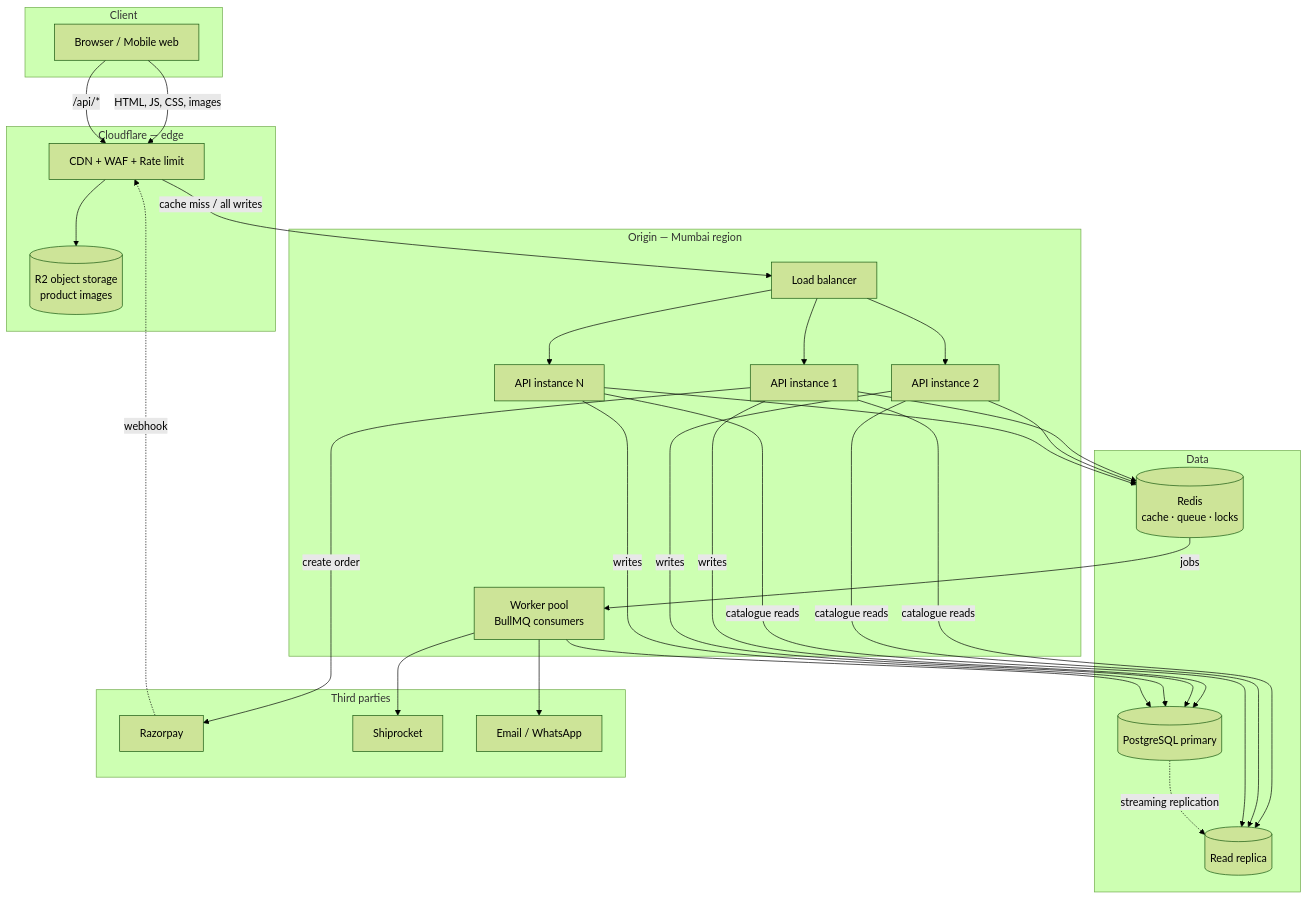
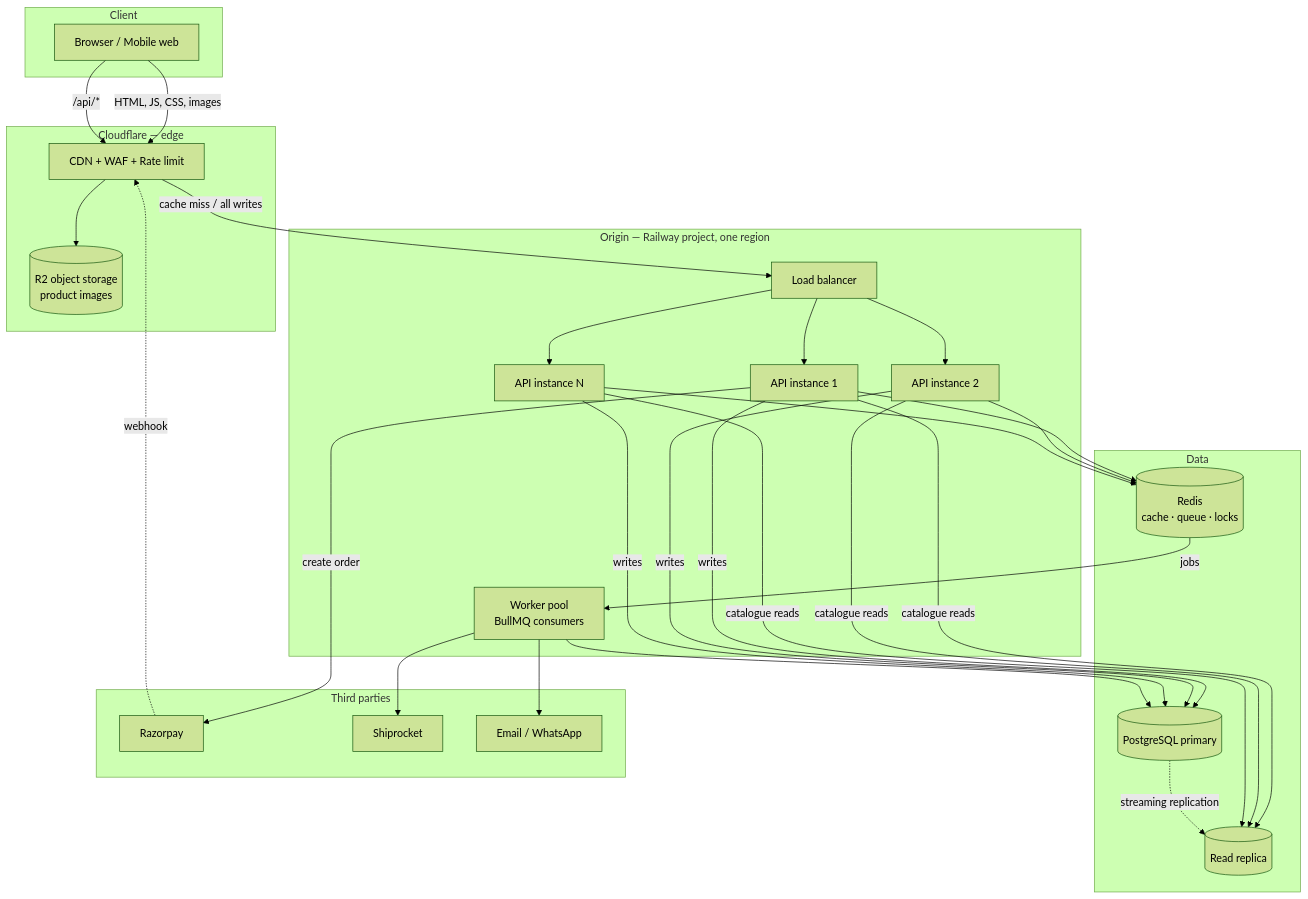
One commit to mayurhabib26-hub/homeProduct changed the first of 3 diagrams in docs/ARCHITECTURE.md. Above: the diagram before and after it, drawn with Mermaid (forest theme). The commit also changed other lines of this file and 3 other files, not shown here.

First line of the commit message:
docs: settle on a single Railway project for backend and data

````diff
--- a/docs/ARCHITECTURE.md
+++ b/docs/ARCHITECTURE.md
@@ -37,45 +38,45 @@
 ```mermaid
 graph TB
     subgraph Client
         B[Browser / Mobile web]
     end
 
     subgraph "Cloudflare — edge"
         CDN[CDN + WAF + Rate limit]
         R2[(R2 object storage<br/>product images)]
     end
 
-    subgraph "Origin — Mumbai region"
+    subgraph "Origin — Railway project, one region"
         LB[Load balancer]
         API1[API instance 1]
         API2[API instance 2]
         APIN[API instance N]
         W[Worker pool<br/>BullMQ consumers]
     end
 
     subgraph Data
         PG[(PostgreSQL primary)]
         PGR[(Read replica)]
         RD[(Redis<br/>cache · queue · locks)]
     end
 
     subgraph "Third parties"
         RZP[Razorpay]
         SHIP[Shiprocket]
         MSG[Email / WhatsApp]
     end
 
     B -->|"HTML, JS, CSS, images"| CDN
     B -->|"/api/*"| CDN
     CDN --> R2
     CDN -->|"cache miss / all writes"| LB
     LB --> API1 & API2 & APIN
     API1 & API2 & APIN --> RD
     API1 & API2 & APIN -->|writes| PG
     API1 & API2 & APIN -->|catalogue reads| PGR
     PG -.streaming replication.-> PGR
     API1 -->|create order| RZP
     RZP -.webhook.-> CDN
     RD -->|jobs| W
     W --> SHIP & MSG & PG
 ```
````
